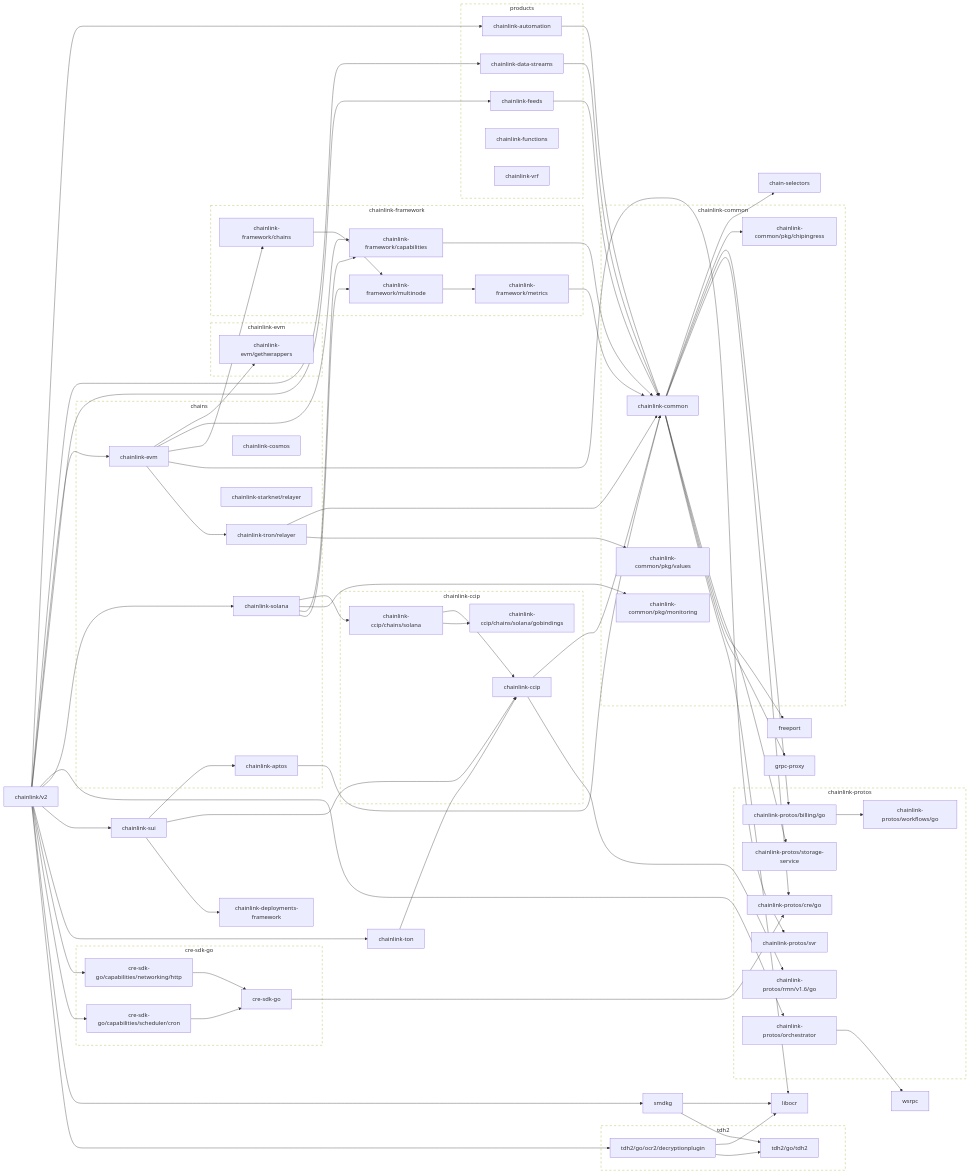
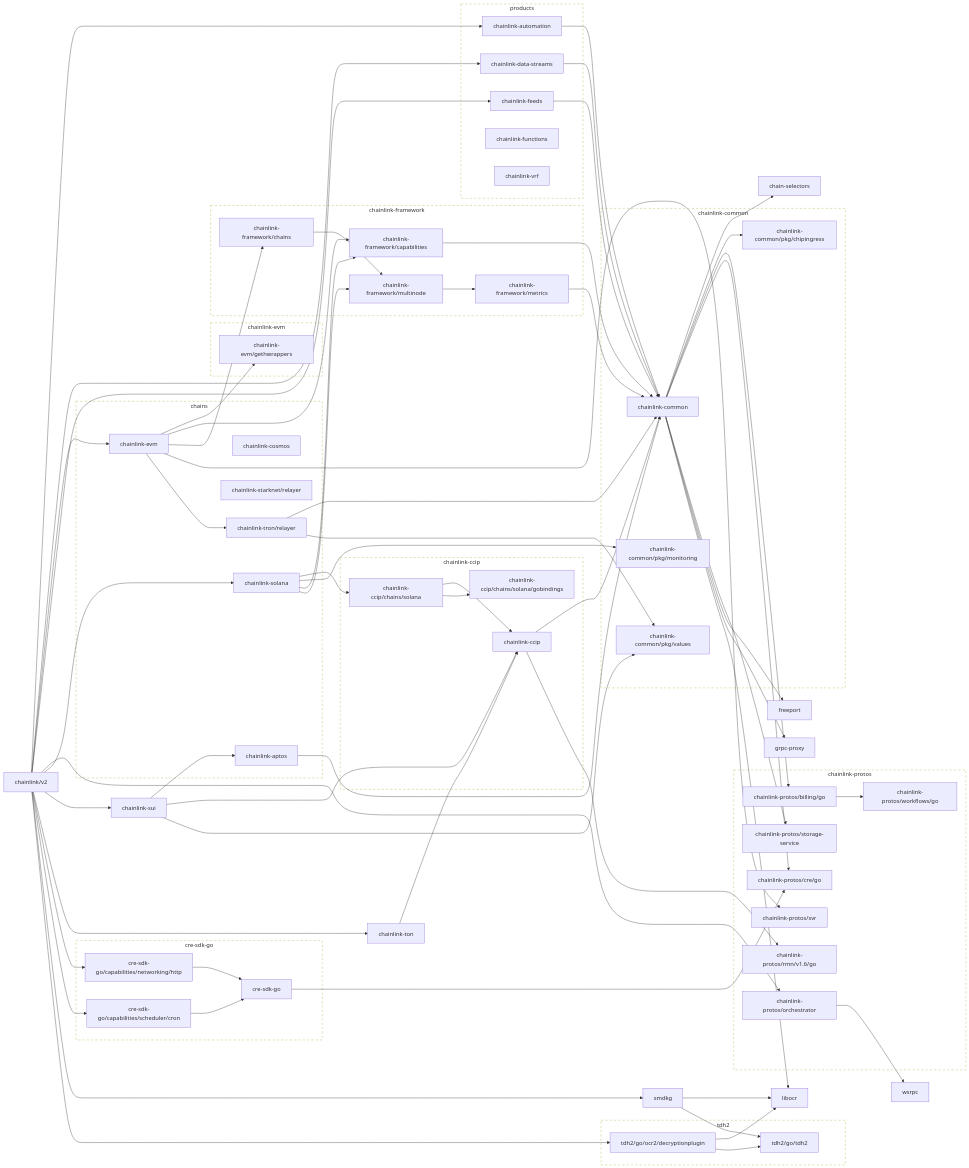
Before and after one commit to smartcontractkit/chainlink: the first of 2 diagrams in go.md, drawn with Mermaid. The commit also changed other lines of this file and 14 other files, not shown here.

```diff
--- a/go.md
+++ b/go.md
@@ -53,8 +53,6 @@
 	click chainlink-common/pkg/values href "https://github.com/smartcontractkit/chainlink-common"
 	chainlink-data-streams --> chainlink-common
 	click chainlink-data-streams href "https://github.com/smartcontractkit/chainlink-data-streams"
-	chainlink-deployments-framework
-	click chainlink-deployments-framework href "https://github.com/smartcontractkit/chainlink-deployments-framework"
 	chainlink-evm --> chainlink-evm/gethwrappers
 	chainlink-evm --> chainlink-framework/capabilities
 	chainlink-evm --> chainlink-framework/chains
@@ -94,7 +92,7 @@
 	click chainlink-solana href "https://github.com/smartcontractkit/chainlink-solana"
 	chainlink-sui --> chainlink-aptos
 	chainlink-sui --> chainlink-ccip
-	chainlink-sui --> chainlink-deployments-framework
+	chainlink-sui --> chainlink-common/pkg/values
 	click chainlink-sui href "https://github.com/smartcontractkit/chainlink-sui"
 	chainlink-ton --> chainlink-ccip
 	click chainlink-ton href "https://github.com/smartcontractkit/chainlink-ton"
```
